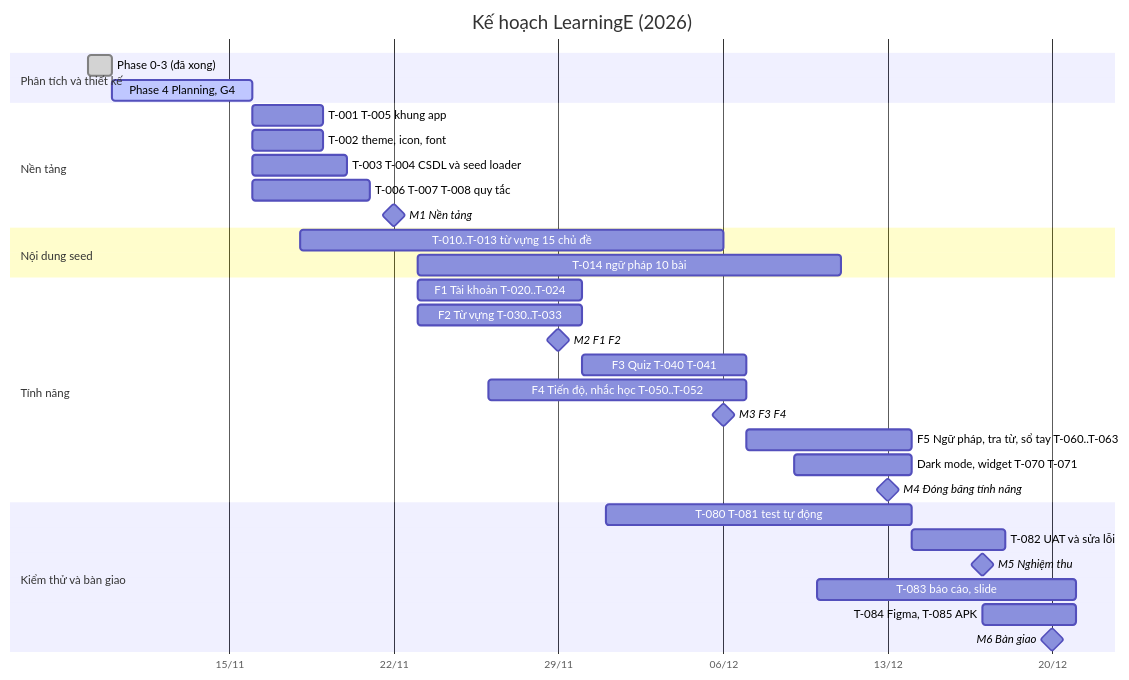
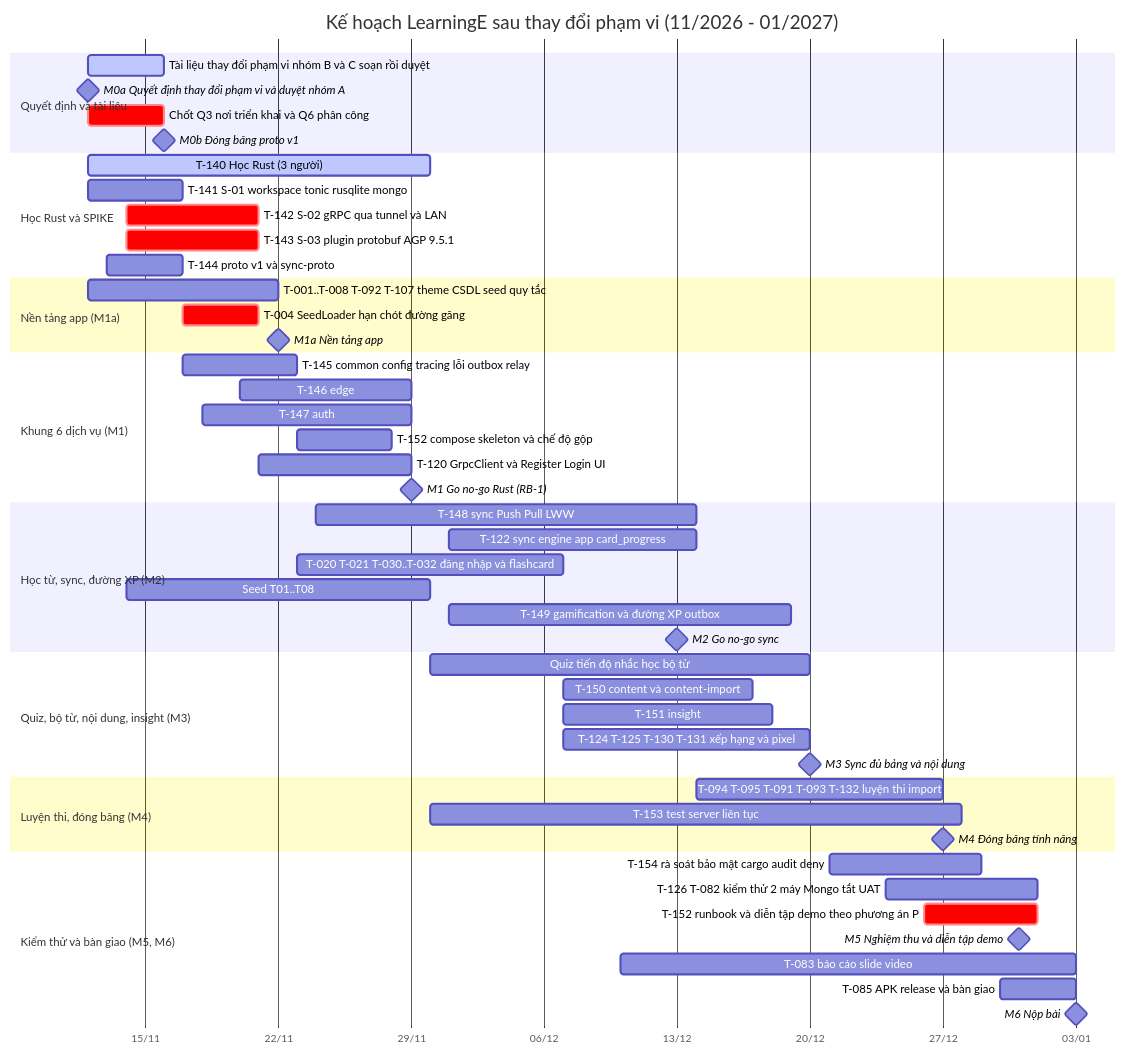
One commit to at1308033-sketch/LearningE_app changed the diagram in docs/project/PROJECT-PLAN.md. Above: the diagram before and after it, drawn with Mermaid. The commit also changed other lines of this file and 302 other files, not shown here.

Commit message:
Tái cấu trúc mã nguồn để cải thiện khả năng đọc và khả năng bảo trì

````diff
--- a/docs/project/PROJECT-PLAN.md
+++ b/docs/project/PROJECT-PLAN.md
@@ -21,35 +43,53 @@
 ```mermaid
 gantt
-  title Kế hoạch LearningE (2026)
+  title Kế hoạch LearningE sau thay đổi phạm vi (11/2026 - 01/2027)
   dateFormat YYYY-MM-DD
   axisFormat %d/%m
-  section Phân tích và thiết kế
-  Phase 0-3 (đã xong)            :done, p03, 2026-11-09, 1d
-  Phase 4 Planning, G4           :active, m0, 2026-11-10, 6d
-  section Nền tảng
-  T-001 T-005 khung app          :t1, 2026-11-16, 3d
-  T-002 theme, icon, font        :t2, 2026-11-16, 3d
-  T-003 T-004 CSDL và seed loader :t3, 2026-11-16, 4d
-  T-006 T-007 T-008 quy tắc      :t4, 2026-11-16, 5d
-  M1 Nền tảng                    :milestone, mm1, 2026-11-22, 0d
-  section Nội dung seed
-  T-010..T-013 từ vựng 15 chủ đề :s1, 2026-11-18, 18d
-  T-014 ngữ pháp 10 bài          :s2, 2026-11-23, 18d
-  section Tính năng
-  F1 Tài khoản T-020..T-024      :f1, 2026-11-23, 7d
-  F2 Từ vựng T-030..T-033        :f2, 2026-11-23, 7d
-  M2 F1 F2                       :milestone, mm2, 2026-11-29, 0d
-  F3 Quiz T-040 T-041            :f3, 2026-11-30, 7d
-  F4 Tiến độ, nhắc học T-050..T-052 :f4, 2026-11-26, 11d
-  M3 F3 F4                       :milestone, mm3, 2026-12-06, 0d
-  F5 Ngữ pháp, tra từ, sổ tay T-060..T-063 :f5, 2026-12-07, 7d
-  Dark mode, widget T-070 T-071  :f6, 2026-12-09, 5d
-  M4 Đóng băng tính năng         :milestone, mm4, 2026-12-13, 0d
-  section Kiểm thử và bàn giao
-  T-080 T-081 test tự động       :q1, 2026-12-01, 13d
-  T-082 UAT và sửa lỗi           :q2, 2026-12-14, 4d
-  M5 Nghiệm thu                  :milestone, mm5, 2026-12-17, 0d
-  T-083 báo cáo, slide           :r1, 2026-12-10, 11d
-  T-084 Figma, T-085 APK         :r2, 2026-12-17, 4d
-  M6 Bàn giao                    :milestone, mm6, 2026-12-20, 0d
+  section Quyết định và tài liệu
+  Tài liệu thay đổi phạm vi nhóm B và C soạn rồi duyệt    :active, d1, 2026-11-12, 4d
+  M0a Quyết định thay đổi phạm vi và duyệt nhóm A          :milestone, m0a, 2026-11-12, 0d
+  Chốt Q3 nơi triển khai và Q6 phân công         :crit, q36, 2026-11-12, 4d
+  M0b Đóng băng proto v1                         :milestone, m0b, 2026-11-16, 0d
+  section Học Rust và SPIKE
+  T-140 Học Rust (3 người)                       :active, a1, 2026-11-12, 18d
+  T-141 S-01 workspace tonic rusqlite mongo      :a2, 2026-11-12, 5d
+  T-142 S-02 gRPC qua tunnel và LAN              :crit, a3, 2026-11-14, 7d
+  T-143 S-03 plugin protobuf AGP 9.5.1           :crit, a4, 2026-11-14, 7d
+  T-144 proto v1 và sync-proto                   :a5, 2026-11-13, 4d
+  section Nền tảng app (M1a)
+  T-001..T-008 T-092 T-107 theme CSDL seed quy tắc :b1, 2026-11-12, 10d
+  T-004 SeedLoader hạn chót đường găng           :crit, b2, 2026-11-17, 4d
+  M1a Nền tảng app                               :milestone, mm1a, 2026-11-22, 0d
+  section Khung 6 dịch vụ (M1)
+  T-145 common config tracing lỗi outbox relay   :c1, 2026-11-17, 6d
+  T-146 edge                                     :c2, 2026-11-20, 9d
+  T-147 auth                                     :c3, 2026-11-18, 11d
+  T-152 compose skeleton và chế độ gộp           :c4, 2026-11-23, 5d
+  T-120 GrpcClient và Register Login UI          :c5, 2026-11-21, 8d
+  M1 Go no-go Rust (RB-1)                        :milestone, mm1, 2026-11-29, 0d
+  section Học từ, sync, đường XP (M2)
+  T-148 sync Push Pull LWW                       :d2, 2026-11-24, 20d
+  T-122 sync engine app card_progress            :d3, 2026-12-01, 13d
+  T-020 T-021 T-030..T-032 đăng nhập và flashcard :d4, 2026-11-23, 14d
+  Seed T01..T08                                  :d5, 2026-11-14, 16d
+  T-149 gamification và đường XP outbox          :d6, 2026-12-01, 18d
+  M2 Go no-go sync                               :milestone, mm2, 2026-12-13, 0d
+  section Quiz, bộ từ, nội dung, insight (M3)
+  Quiz tiến độ nhắc học bộ từ                    :e1, 2026-11-30, 20d
+  T-150 content và content-import                :e2, 2026-12-07, 10d
+  T-151 insight                                  :e3, 2026-12-07, 11d
+  T-124 T-125 T-130 T-131 xếp hạng và pixel      :e4, 2026-12-07, 13d
+  M3 Sync đủ bảng và nội dung                    :milestone, mm3, 2026-12-20, 0d
+  section Luyện thi, đóng băng (M4)
+  T-094 T-095 T-091 T-093 T-132 luyện thi import :f1, 2026-12-14, 13d
+  T-153 test server liên tục                     :f2, 2026-11-30, 28d
+  M4 Đóng băng tính năng                         :milestone, mm4, 2026-12-27, 0d
+  section Kiểm thử và bàn giao (M5, M6)
+  T-154 rà soát bảo mật cargo audit deny         :g1, 2026-12-21, 8d
+  T-126 T-082 kiểm thử 2 máy Mongo tắt UAT       :g2, 2026-12-24, 8d
+  T-152 runbook và diễn tập demo theo phương án P :crit, g3, 2026-12-26, 6d
+  M5 Nghiệm thu và diễn tập demo                 :milestone, mm5, 2026-12-31, 0d
+  T-083 báo cáo slide video                      :g4, 2026-12-10, 24d
+  T-085 APK release và bàn giao                  :g5, 2026-12-30, 4d
+  M6 Nộp bài                                     :milestone, mm6, 2027-01-03, 0d
 ```
````
